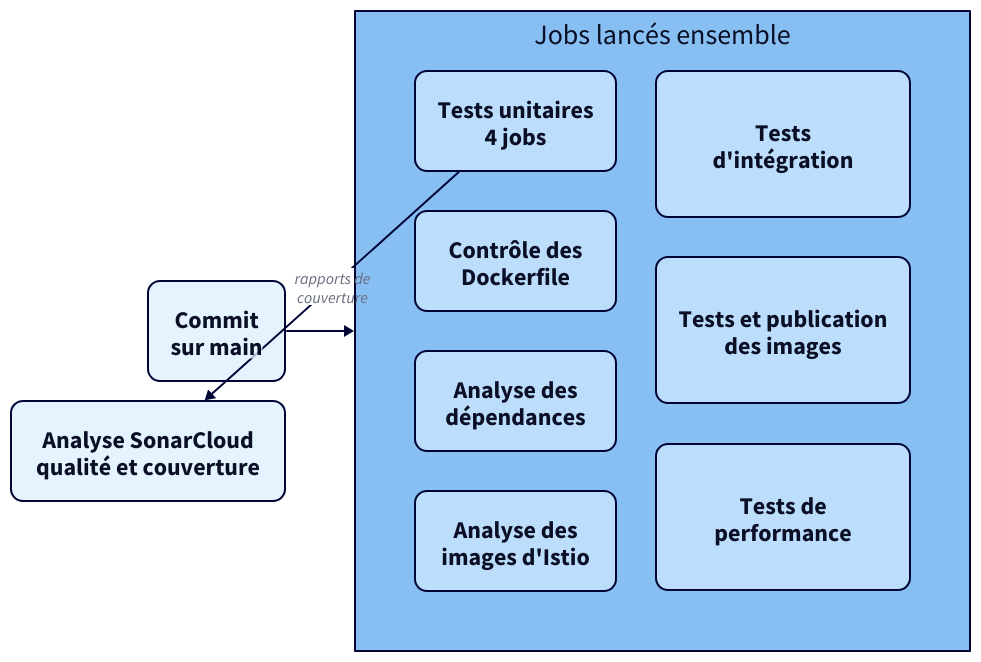
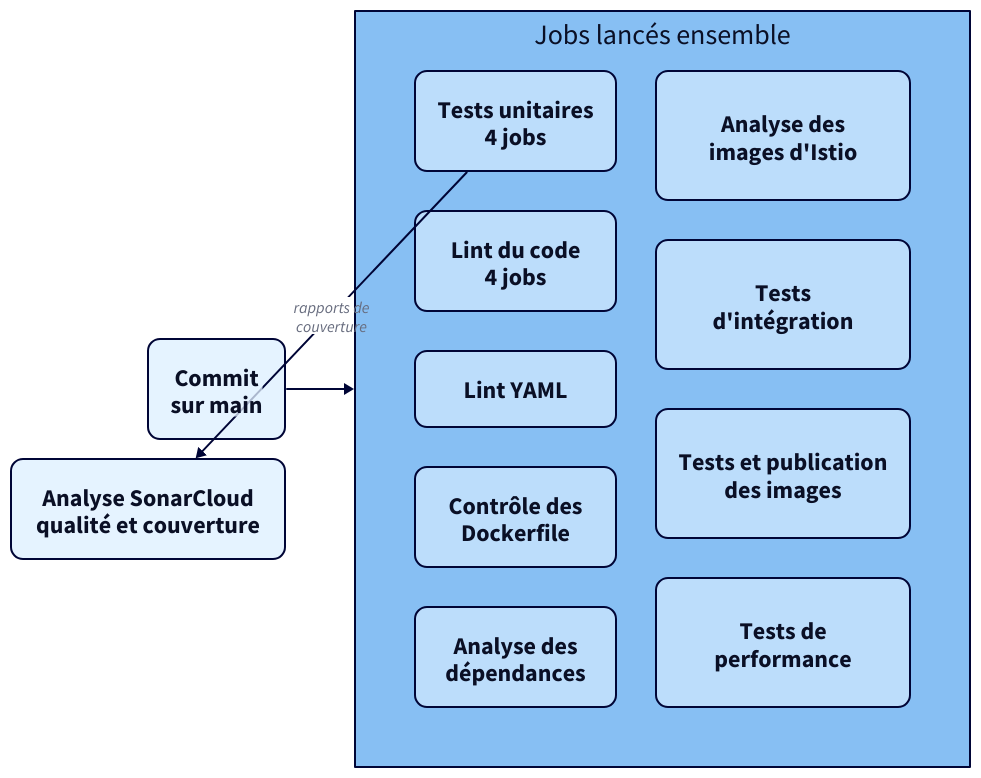
One commit to kitaah/pme changed the diagram in docs/pipeline/index.md. Above: the diagram before and after it, drawn with D2. The commit also changed other lines of this file and 14 other files, not shown here.

````diff
--- a/docs/pipeline/index.md
+++ b/docs/pipeline/index.md
@@ -57,38 +58,40 @@
 ```d2
 vars: {
   d2-config: {
     layout-engine: elk
     theme-id: 5
     pad: 8
   }
 }
 direction: right
 
 # Mise en forme commune : texte lisible à la largeur de la page, angles arrondis
 classes: {
   boite: {
     style: {
       font-size: 24
       border-radius: 12
     }
   }
 }
 
 commit: "Commit\nsur main" {class: boite}
 
 jobs: "Jobs lancés ensemble" {
   grid-columns: 2
   unitaires: "Tests unitaires\n4 jobs" {class: boite}
+  lintcode: "Lint du code\n4 jobs" {class: boite}
+  lintyaml: "Lint YAML" {class: boite}
   hadolint: "Contrôle des\nDockerfile" {class: boite}
   dependances: "Analyse des\ndépendances" {class: boite}
   istio: "Analyse des\nimages d'Istio" {class: boite}
   integration: "Tests\nd'intégration" {class: boite}
   images: "Tests et publication\ndes images" {class: boite}
   performance: "Tests de\nperformance" {class: boite}
 }
 
 sonar: "Analyse SonarCloud\nqualité et couverture" {class: boite}
 
 commit -> jobs
 jobs.unitaires -> sonar: "rapports de\ncouverture"
 ```
````
